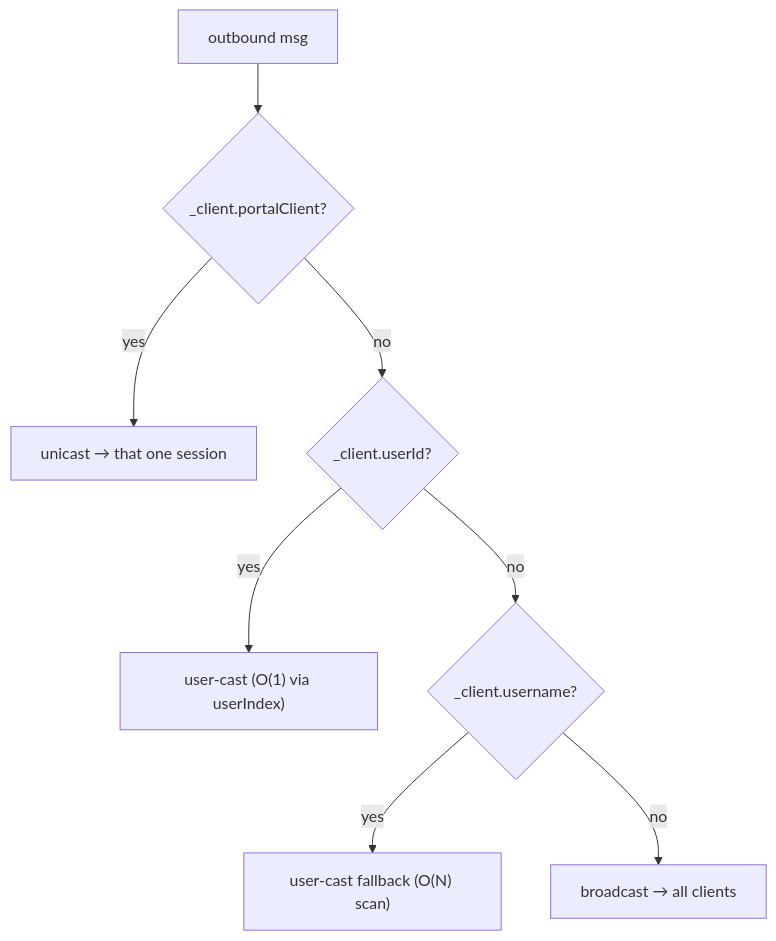
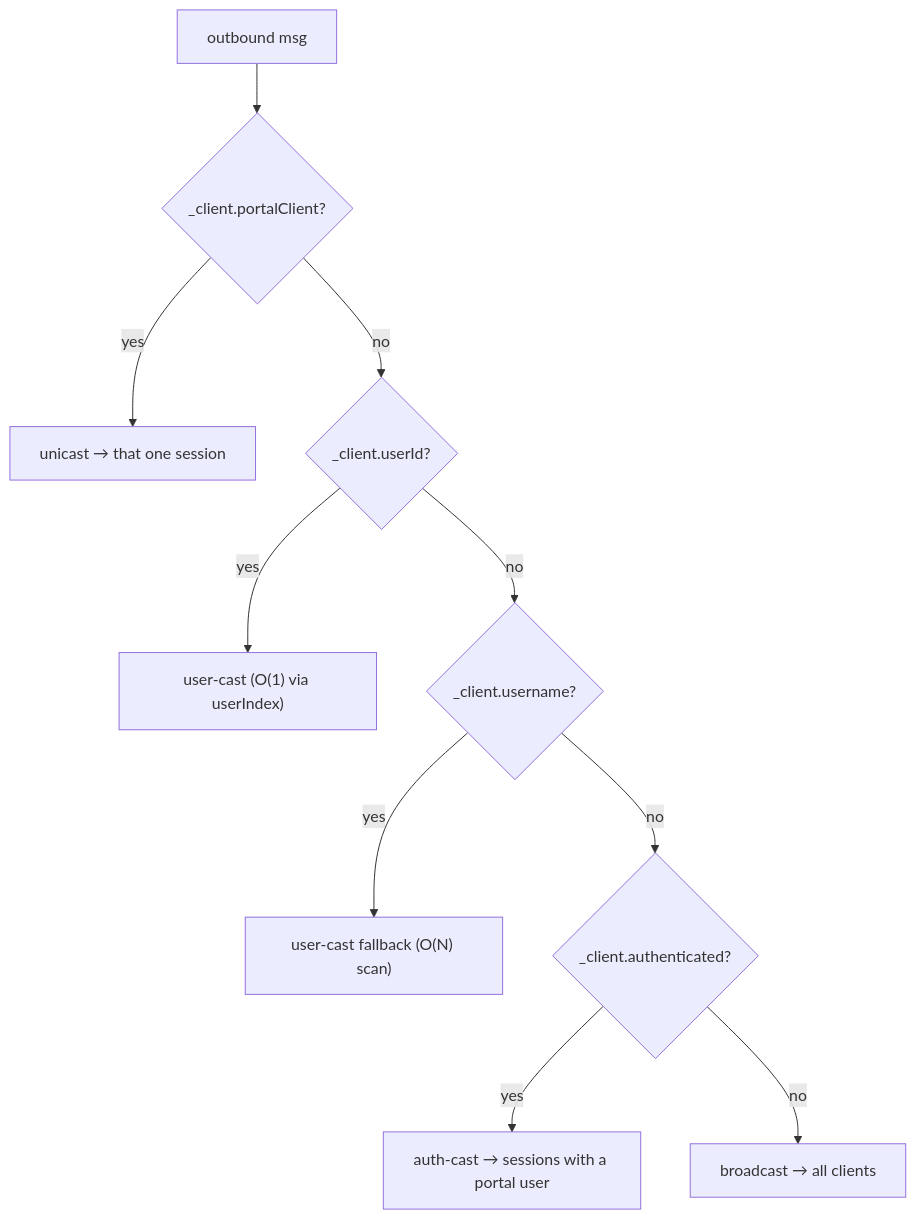
One commit to Aaqu/fromcubes-portal-react changed the eighth of 8 diagrams in README-DEV.md. Above: the diagram before and after it, drawn with Mermaid. The commit also changed other lines of this file and 6 other files, not shown here.

Commit message:
feat: remove last-broadcast recovery cache, fresh clients start empty

````diff
--- a/README-DEV.md
+++ b/README-DEV.md
@@ -440,10 +436,12 @@
 ```mermaid
 flowchart TD
   M["outbound msg"] --> Q1{"_client.portalClient?"}
   Q1 -->|yes| U["unicast → that one session"]
   Q1 -->|no| Q2{"_client.userId?"}
   Q2 -->|yes| UC["user-cast (O(1) via userIndex)"]
   Q2 -->|no| Q3{"_client.username?"}
   Q3 -->|yes| UCN["user-cast fallback (O(N) scan)"]
-  Q3 -->|no| BC["broadcast → all clients"]
+  Q3 -->|no| Q4{"_client.authenticated?"}
+  Q4 -->|yes| AC["auth-cast → sessions with a portal user"]
+  Q4 -->|no| BC["broadcast → all clients"]
 ```
````
